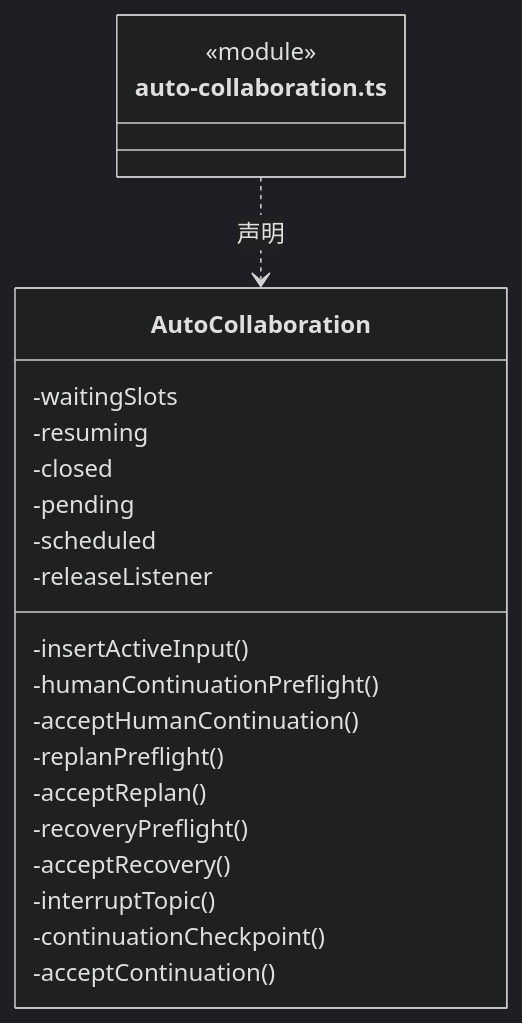
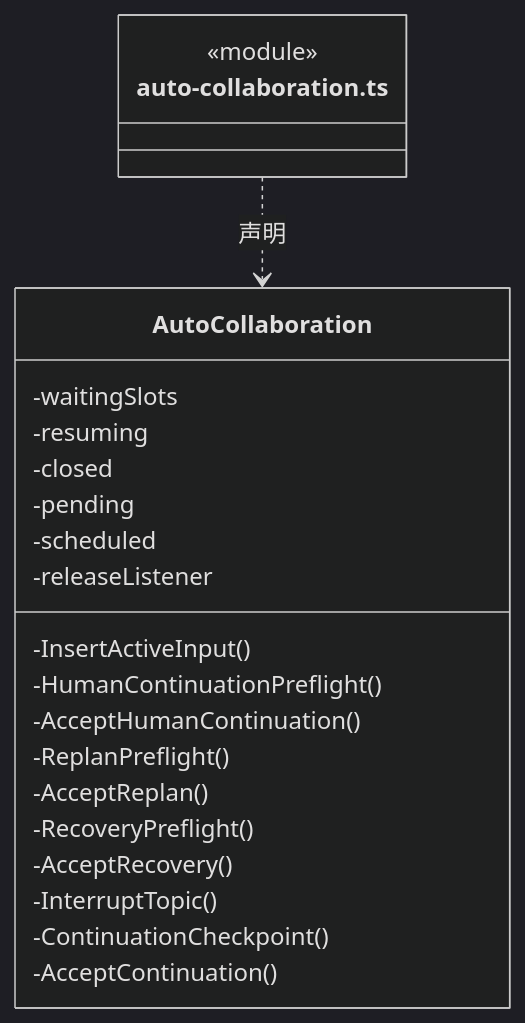
The second of 15 diagrams in src/logic/dispatch/runtime/ARCHITECTURE.md (nan023062/cbim), drawn with Mermaid (dark theme) before and after one commit. The commit also changed other lines of this file and 1035 other files, not shown here.

````diff
--- a/src/logic/dispatch/runtime/ARCHITECTURE.md
+++ b/src/logic/dispatch/runtime/ARCHITECTURE.md
@@ -109,25 +109,25 @@
 ```mermaid
 classDiagram
 class N_src_logic_dispatch_runtime_auto_collaboration_ts["auto-collaboration.ts"] {
   <<module>>
 }
 class N_src_logic_dispatch_runtime_auto_collaboration_ts_AutoCollaboration["AutoCollaboration"] {
   -waitingSlots
   -resuming
   -closed
   -pending
   -scheduled
   -releaseListener
-  -insertActiveInput()
-  -humanContinuationPreflight()
-  -acceptHumanContinuation()
-  -replanPreflight()
-  -acceptReplan()
-  -recoveryPreflight()
-  -acceptRecovery()
-  -interruptTopic()
-  -continuationCheckpoint()
-  -acceptContinuation()
+  -InsertActiveInput()
+  -HumanContinuationPreflight()
+  -AcceptHumanContinuation()
+  -ReplanPreflight()
+  -AcceptReplan()
+  -RecoveryPreflight()
+  -AcceptRecovery()
+  -InterruptTopic()
+  -ContinuationCheckpoint()
+  -AcceptContinuation()
 }
 N_src_logic_dispatch_runtime_auto_collaboration_ts ..> N_src_logic_dispatch_runtime_auto_collaboration_ts_AutoCollaboration : 声明
 ```
````
